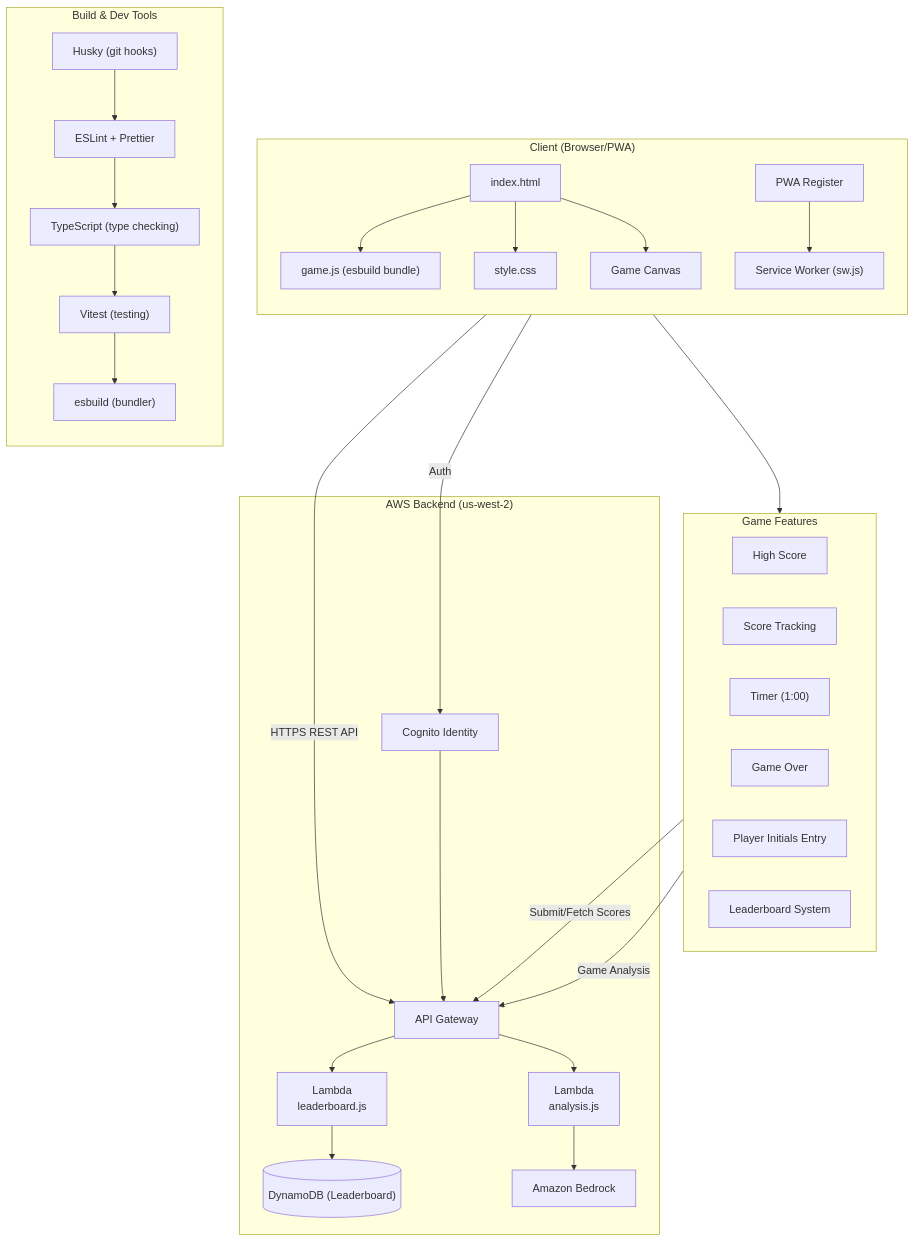
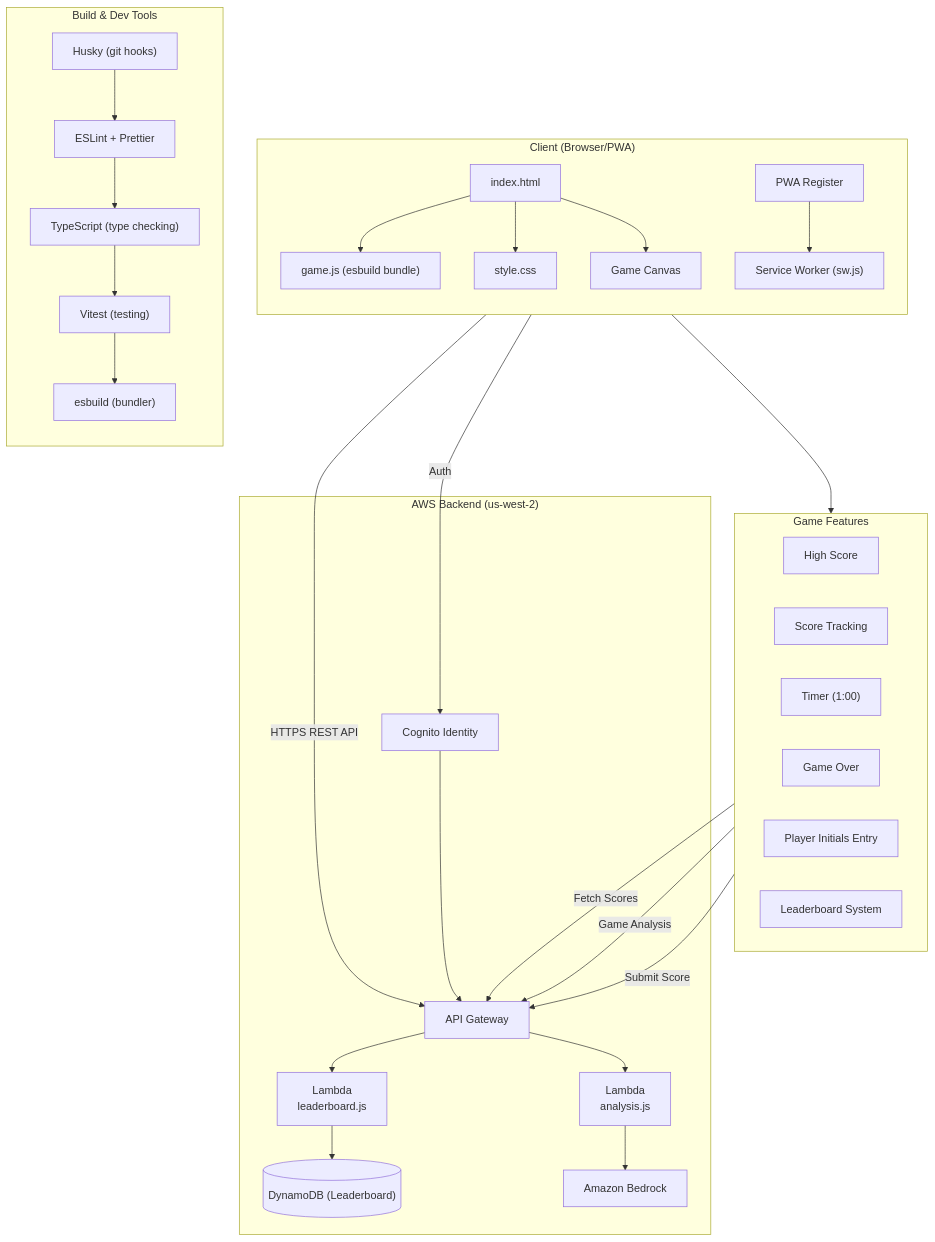
The diagram in README.md (bstraehle/ai-horizon), drawn with Mermaid before and after one commit. The commit also changed 1 other file, not shown here.

Commit message:
Update Mermaid diagram

````diff
--- a/README.md
+++ b/README.md
@@ -3,63 +3,64 @@
 ```mermaid
 flowchart TB
     subgraph Client ["Client (Browser/PWA)"]
         direction TB
         HTML["index.html"]
         JS["game.js (esbuild bundle)"]
         CSS["style.css"]
         SW["Service Worker (sw.js)"]
         PWA["PWA Register"]
         Canvas["Game Canvas"]
 
         HTML --> JS
         HTML --> CSS
         HTML --> Canvas
         PWA --> SW
     end
 
     subgraph BuildTools ["Build & Dev Tools"]
         direction TB
         Husky["Husky (git hooks)"]
         ESLint["ESLint + Prettier"]
         TypeScript["TypeScript (type checking)"]
         Vitest["Vitest (testing)"]
         ESBuild["esbuild (bundler)"]
 
         Husky --> ESLint
         ESLint --> TypeScript
         TypeScript --> Vitest
         Vitest --> ESBuild
     end
 
     subgraph AWS ["AWS Backend (us-west-2)"]
         APIGW["API Gateway"]
         Cognito["Cognito Identity"]
         LeaderboardLambda["Lambda\nleaderboard.js"]
         AnalysisLambda["Lambda\nanalysis.js"]
         Bedrock["Amazon Bedrock"]
         DynamoDB[("DynamoDB (Leaderboard)")]
 
         APIGW --> LeaderboardLambda
         APIGW --> AnalysisLambda
         LeaderboardLambda --> DynamoDB
         AnalysisLambda --> Bedrock
         Cognito --> APIGW
     end
 
     JS -->|"HTTPS REST API"| APIGW
     JS -->|"Auth"| Cognito
 
     subgraph GameFeatures ["Game Features"]
         direction LR
         HighScore["High Score"]
         Score["Score Tracking"]
         Timer["Timer (1:00)"]
         GameOver["Game Over"]
         Initials["Player Initials Entry"]
         Leaderboard["Leaderboard System"]
     end
 
     Canvas --> GameFeatures
-    Leaderboard -->|"Submit/Fetch Scores"| APIGW
+    Leaderboard -->|"Fetch Scores"| APIGW
     GameOver -->|"Game Analysis"| APIGW
+    Initials -->|"Submit Score"| APIGW
 ```
````
